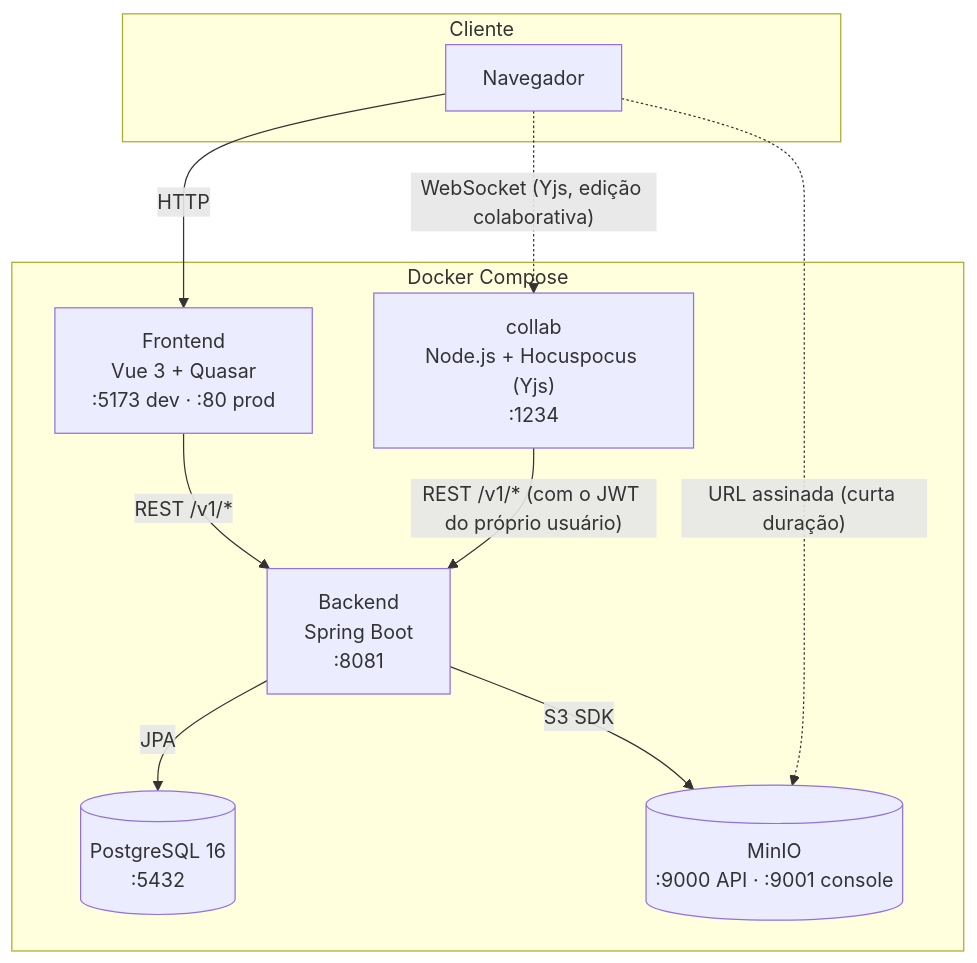
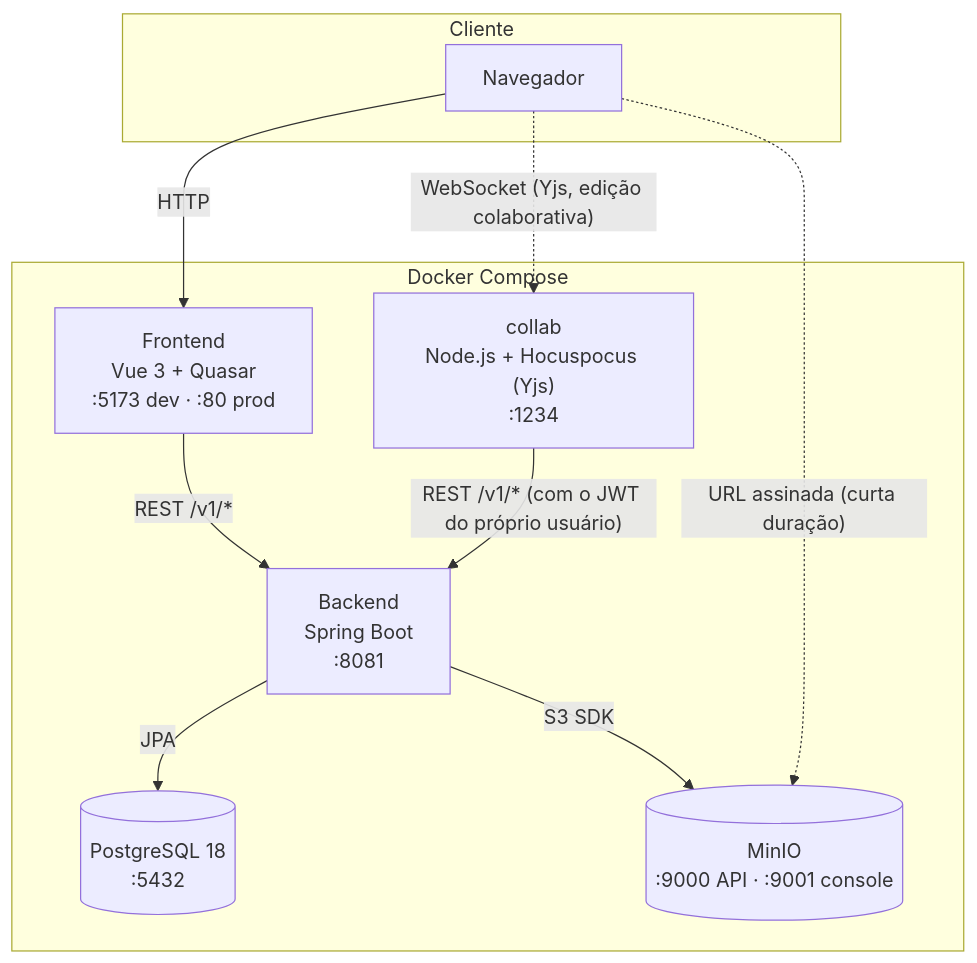
One commit to danielchipolesch/fab-legis changed the diagram in docs/arquitetura.md. Above: the diagram before and after it, drawn with Mermaid. The commit also changed 5 other files, not shown here.

First line of the commit message:
chore: PostgreSQL 18 (compose, testes de integracao e docs)

````diff
--- a/docs/arquitetura.md
+++ b/docs/arquitetura.md
@@ -5,22 +5,22 @@
 ```mermaid
 graph TB
     subgraph Cliente
         B[Navegador]
     end
 
     subgraph "Docker Compose"
         F["Frontend<br/>Vue 3 + Quasar<br/>:5173 dev · :80 prod"]
         A["Backend<br/>Spring Boot<br/>:8081"]
         C["collab<br/>Node.js + Hocuspocus (Yjs)<br/>:1234"]
-        P[("PostgreSQL 16<br/>:5432")]
+        P[("PostgreSQL 18<br/>:5432")]
         M[("MinIO<br/>:9000 API · :9001 console")]
     end
 
     B -->|HTTP| F
     F -->|"REST /v1/*"| A
     A -->|JPA| P
     A -->|"S3 SDK"| M
     B -.->|"URL assinada (curta duração)"| M
     B -.->|"WebSocket (Yjs, edição colaborativa)"| C
     C -->|"REST /v1/* (com o JWT do próprio usuário)"| A
 ```
````
